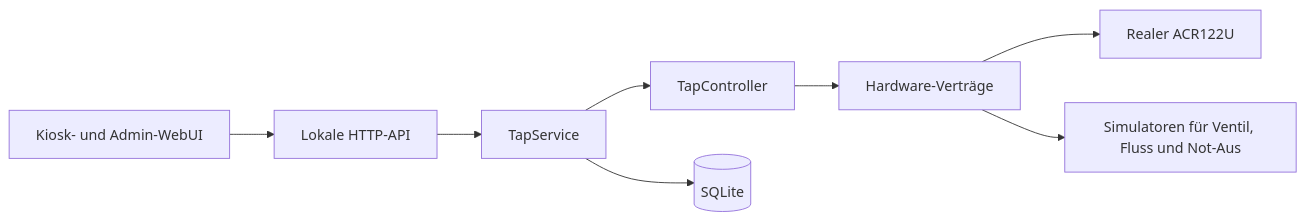
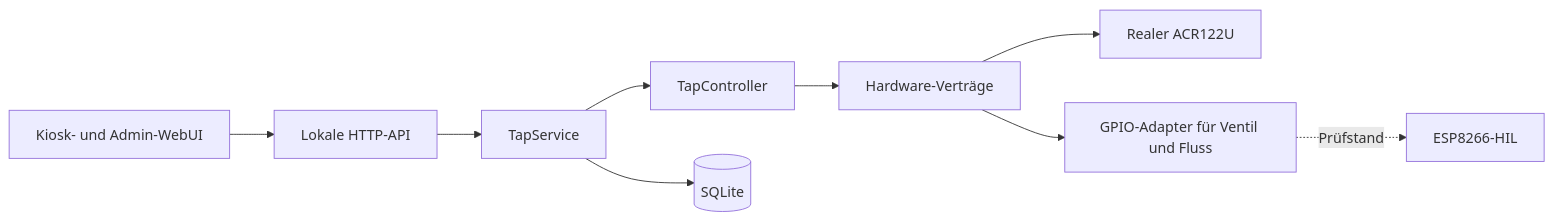
One commit to nemai09/zunder_zapfe changed the diagram in README.md. Above: the diagram before and after it, drawn with Mermaid. The commit also changed other lines of this file and 34 other files, not shown here.

First line of the commit message:
M8.1 HW: Integriere Ventil und Durchfluss per GPIO

````diff
--- a/README.md
+++ b/README.md
@@ -36,10 +38,11 @@
 ```mermaid
 flowchart LR
     UI["Kiosk- und Admin-WebUI"] --> API["Lokale HTTP-API"]
     API --> SERVICE["TapService"]
     SERVICE --> CONTROL["TapController"]
     SERVICE --> DB[("SQLite")]
     CONTROL --> HW["Hardware-Verträge"]
     HW --> NFC["Realer ACR122U"]
-    HW --> SIM["Simulatoren für Ventil, Fluss und Not-Aus"]
+    HW --> GPIO["GPIO-Adapter für Ventil und Fluss"]
+    GPIO -. "Prüfstand" .-> HIL["ESP8266-HIL"]
 ```
````
